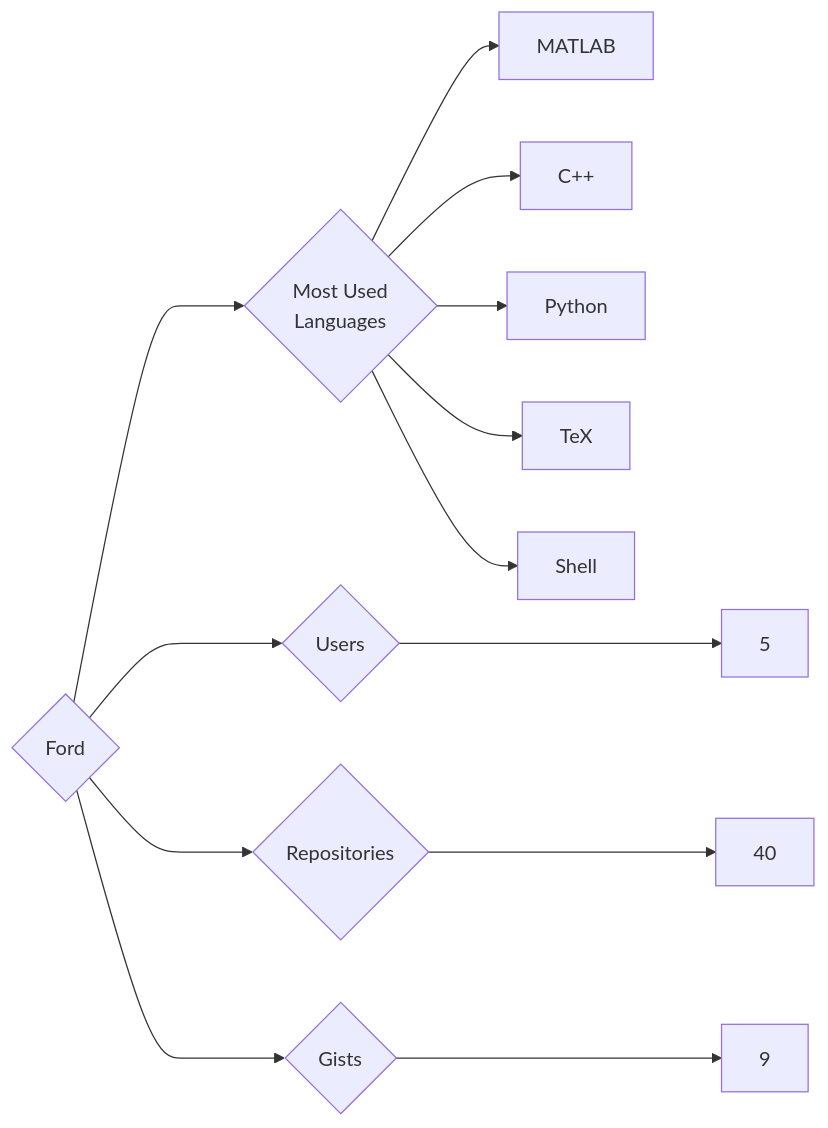
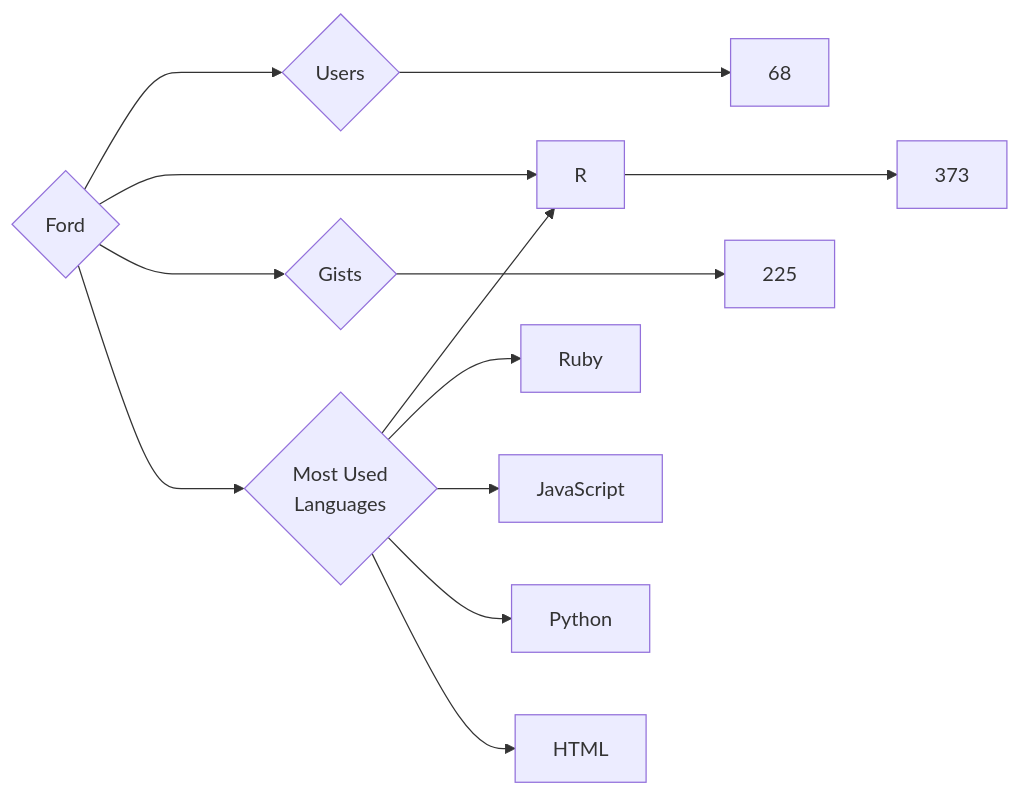
One commit to trickest/insiders changed the diagram in targets/Ford/README.md. Above: the diagram before and after it, drawn with Mermaid. The commit also changed 984 other files, not shown here.

````diff
--- a/targets/Ford/README.md
+++ b/targets/Ford/README.md
@@ -3,13 +3,13 @@
 ```mermaid
 graph LR
 COMPANY_NAME{Ford}
-COMPANY_NAME ---> U{Users} ---> UN[5]
-COMPANY_NAME ---> R{Repositories} ---> RN[40]
-COMPANY_NAME ---> G{Gists} ---> GN[9]
+COMPANY_NAME ---> U{Users} ---> UN[68]
+COMPANY_NAME ---> R{Repositories} ---> RN[373]
+COMPANY_NAME ---> G{Gists} ---> GN[225]
 COMPANY_NAME ---> ML{Most Used<br>Languages}
-ML --> MATLAB[MATLAB]
-ML --> C++[C++]
+ML --> R[R]
+ML --> Ruby[Ruby]
+ML --> JavaScript[JavaScript]
 ML --> Python[Python]
-ML --> TeX[TeX]
-ML --> Shell[Shell]
+ML --> HTML[HTML]
 ```
````
